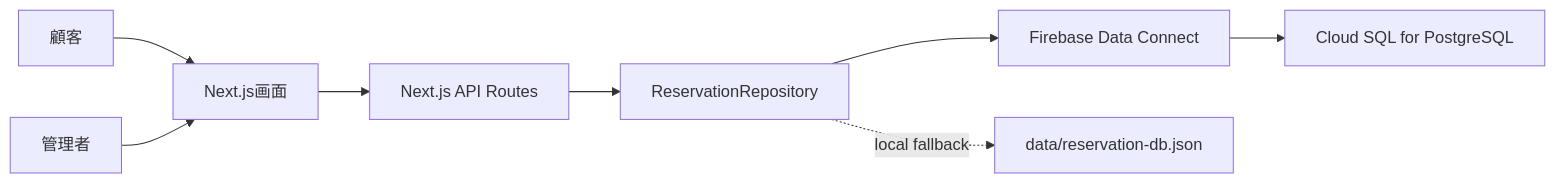
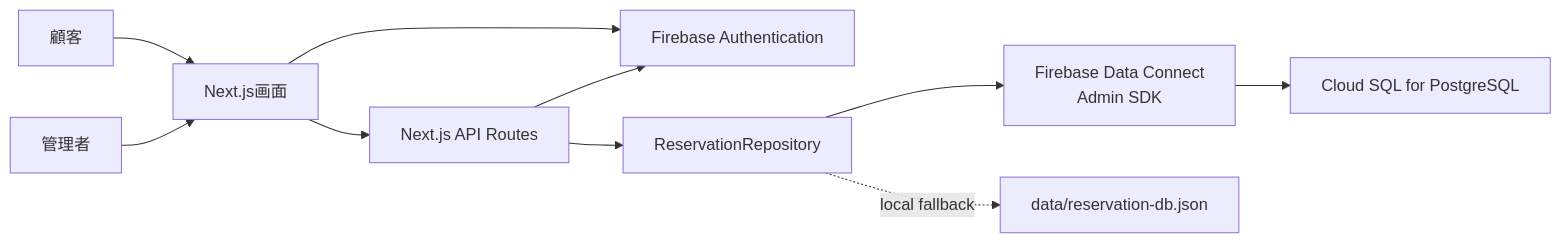
One commit to MichitaroNoge/reservation-system changed the diagram in docs/00-system-overview.md. Above: the diagram before and after it, drawn with Mermaid. The commit also changed other lines of this file and 25 other files, not shown here.

Commit message:
Secure Data Connect and complete reservation updates

````diff
--- a/docs/00-system-overview.md
+++ b/docs/00-system-overview.md
@@ -43,10 +45,13 @@
 ```mermaid
 flowchart LR
   Customer["顧客"] --> UI["Next.js画面"]
+  FirebaseAuth["Firebase Authentication"]
   Admin["管理者"] --> UI
+  UI --> FirebaseAuth
   UI --> API["Next.js API Routes"]
+  API --> FirebaseAuth
   API --> Repo["ReservationRepository"]
-  Repo --> DataConnect["Firebase Data Connect"]
+  Repo --> DataConnect["Firebase Data Connect<br/>Admin SDK"]
   DataConnect --> Postgres["Cloud SQL for PostgreSQL"]
   Repo -. local fallback .-> FileDb["data/reservation-db.json"]
 ```
````
